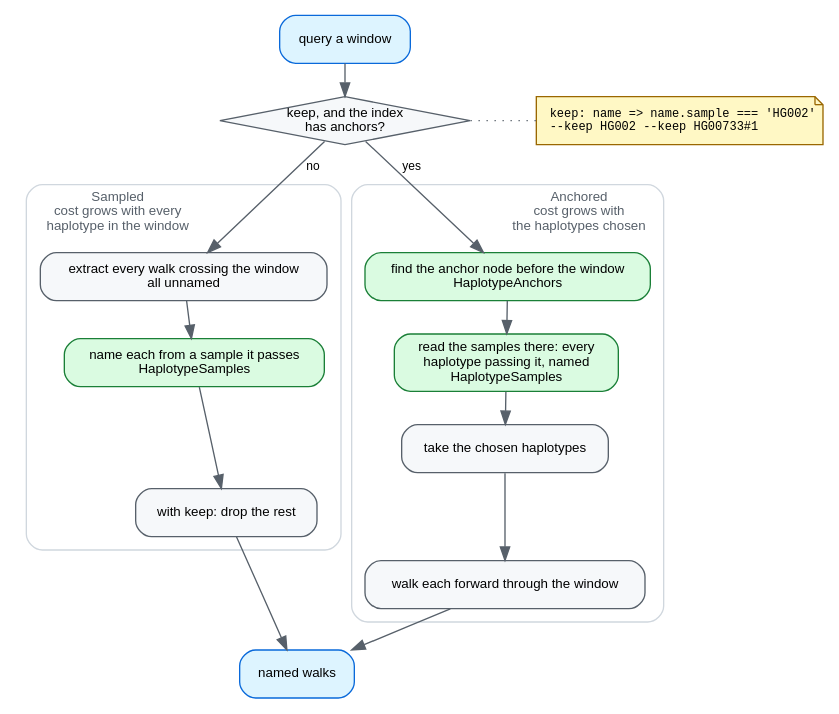
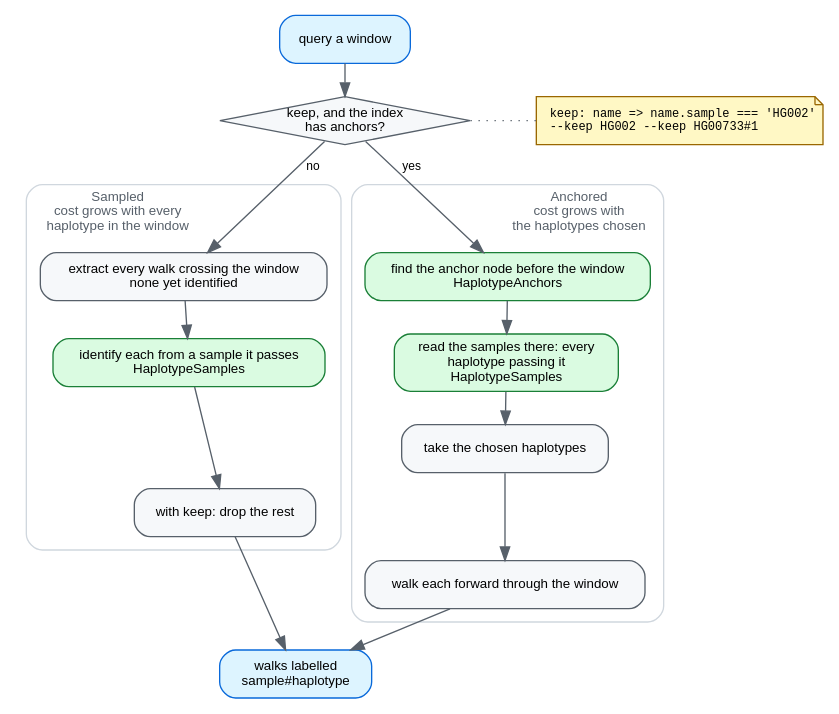
Before and after one commit to GMOD/gbz-base-js: the diagram in docs/img/naming-routes.dot, drawn with Graphviz. The commit also changed 12 other files, not shown here.

First line of the commit message:
Docs: say "identify" and "haplotype index" plainly, introduce keep where used

```diff
--- a/docs/img/naming-routes.dot
+++ b/docs/img/naming-routes.dot
@@ -1,66 +1,66 @@
 // Source for docs/img/naming-routes.svg, which docs/haplotype-index.md embeds.
 // Regenerate with: dot -Tsvg docs/img/naming-routes.dot -o docs/img/naming-routes.svg
 // Palette matches dataflow.dot.
 //
 // Main paths only. The anchored route's two fallbacks (a chosen haplotype
 // missing from the anchor, a walk that never reaches the window) are prose in
 // haplotype-index.md; drawn, their dashed edges crossed both clusters and
 // buried the choice the diagram exists to show.
 digraph namingroutes {
   rankdir=TB
   bgcolor="white"
   nodesep=0.35
   ranksep=0.32
   newrank=true
   node [shape=box style="filled,rounded" fillcolor="#f6f8fa" color="#57606a"
         fontname="Helvetica" fontsize=10 margin="0.14,0.07"]
   edge [color="#57606a" fontname="Helvetica" fontsize=9]
 
   query  [label="query a window" fillcolor="#ddf4ff" color="#0969da"]
   choose [label="keep, and the index\nhas anchors?" shape=diamond style=filled margin="0.02,0.02"]
   how    [label="keep: name => name.sample === 'HG002'\l--keep HG002 --keep HG00733#1\l"
           shape=note fontname="Courier" fontsize=9 fillcolor="#fff8c5" color="#9a6700"]
   { rank=same; choose; how }
   choose -> how [style=dotted arrowhead=none]
-  out    [label="named walks" fillcolor="#ddf4ff" color="#0969da"]
+  out    [label="walks labelled\nsample#haplotype" fillcolor="#ddf4ff" color="#0969da"]
 
   query -> choose
 
   subgraph cluster_sampled {
     label="Sampled\ncost grows with every\nhaplotype in the window"
     labelloc="t"
     labeljust="l"
     fontname="Helvetica"
     fontsize=10
     fontcolor="#57606a"
     color="#d0d7de"
     style="rounded"
     margin=10
-    s1 [label="extract every walk crossing the window\nall unnamed"]
-    s2 [label="name each from a sample it passes\nHaplotypeSamples" fillcolor="#dafbe1" color="#1a7f37"]
+    s1 [label="extract every walk crossing the window\nnone yet identified"]
+    s2 [label="identify each from a sample it passes\nHaplotypeSamples" fillcolor="#dafbe1" color="#1a7f37"]
     s3 [label="with keep: drop the rest"]
     s1 -> s2 -> s3
   }
 
   subgraph cluster_anchored {
     label="Anchored\ncost grows with\nthe haplotypes chosen"
     labelloc="t"
     labeljust="r"
     fontname="Helvetica"
     fontsize=10
     fontcolor="#57606a"
     color="#d0d7de"
     style="rounded"
     margin=10
     a1 [label="find the anchor node before the window\nHaplotypeAnchors" fillcolor="#dafbe1" color="#1a7f37"]
-    a2 [label="read the samples there: every\nhaplotype passing it, named\nHaplotypeSamples" fillcolor="#dafbe1" color="#1a7f37"]
+    a2 [label="read the samples there: every\nhaplotype passing it\nHaplotypeSamples" fillcolor="#dafbe1" color="#1a7f37"]
     a2b [label="take the chosen haplotypes"]
     a3 [label="walk each forward through the window"]
     a1 -> a2 -> a2b -> a3
   }
 
   choose -> s1 [label=" no "]
   choose -> a1 [label=" yes "]
   s3 -> out
   a3 -> out
 }
```
